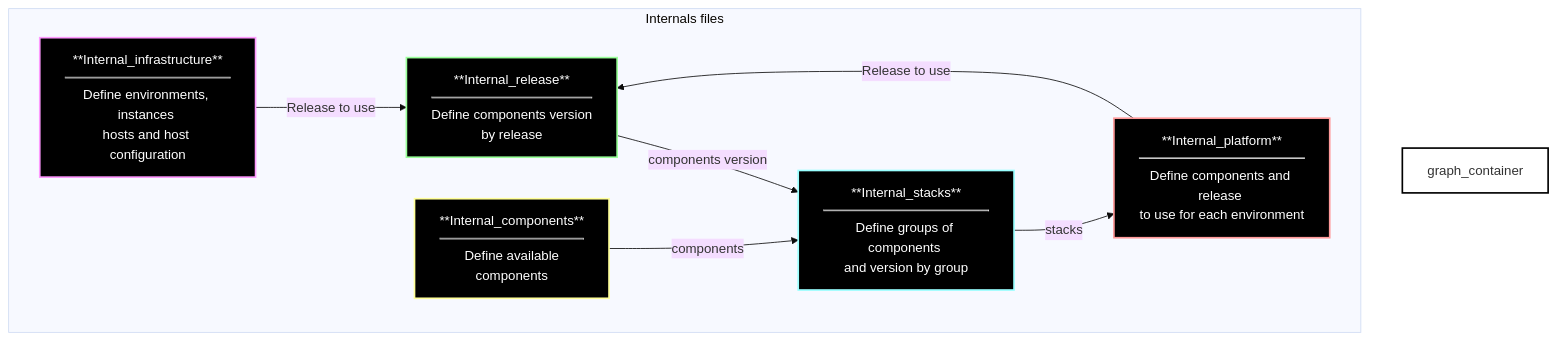
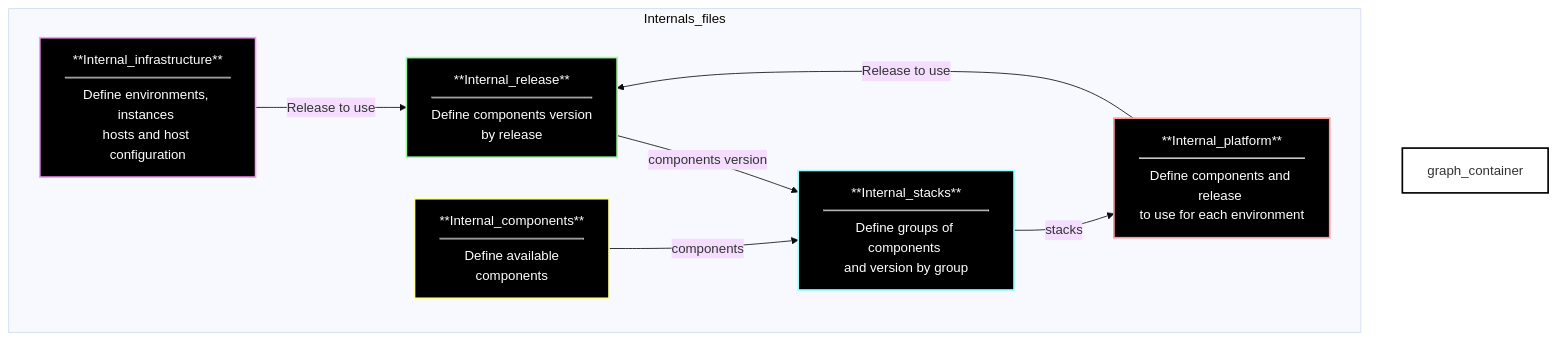
One commit to SavaiRavikiran/Monitoring_With_Prometheus-Grafana changed the first of 38 diagrams in Markdown1.md. Above: the diagram before and after it, drawn with Mermaid (base theme).

````diff
--- a/Markdown1.md
+++ b/Markdown1.md
@@ -3,20 +3,20 @@
 ```mermaid
 graph TD;
 
-  subgraph "Internals files"
+  subgraph Internals_files
     style graph_container fill:transparent, stroke:#000, stroke-width:2px, stroke-dasharray: 0;
     
     style A fill:#000, stroke:#f9f, stroke-width:2px, stroke-dasharray: 0, color:#fff;
     style B fill:#000, stroke:#9f9, stroke-width:2px, stroke-dasharray: 0, color:#fff;
     style C fill:#000, stroke:#ff9, stroke-width:2px, stroke-dasharray: 0, color:#fff;
     style D fill:#000, stroke:#9ff, stroke-width:2px, stroke-dasharray: 0, color:#fff;
     style E fill:#000, stroke:#f99, stroke-width:2px, stroke-dasharray: 0, color:#fff;
   
     A["**Internal_infrastructure**<br/><hr style='margin-top: 8px; margin-bottom: 8px;'/>Define environments, instances <br/>hosts and host configuration"] -->|Release to use| B["**Internal_release**<br/><hr style='margin-top: 8px; margin-bottom: 8px;'/>Define components version <br/>by release"];
     B -->|components version| D["**Internal_stacks**<br/><hr style='margin-top: 8px; margin-bottom: 8px;'/>Define groups of components <br/>and version by group"];
     D -->|stacks| E["**Internal_platform**<br/><hr style='margin-top: 8px; margin-bottom: 8px;'/>Define components and release <br/>to use for each environment"];
     E -->|Release to use| B;
     C["**Internal_components**<br/><hr style='margin-top: 8px; margin-bottom: 8px;'/>Define available<br/> components"] -->|components| D;
     
   end;
 ```
````
